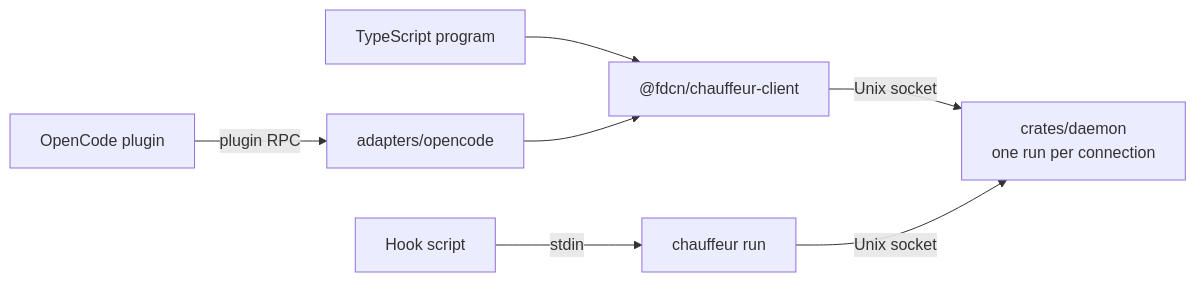
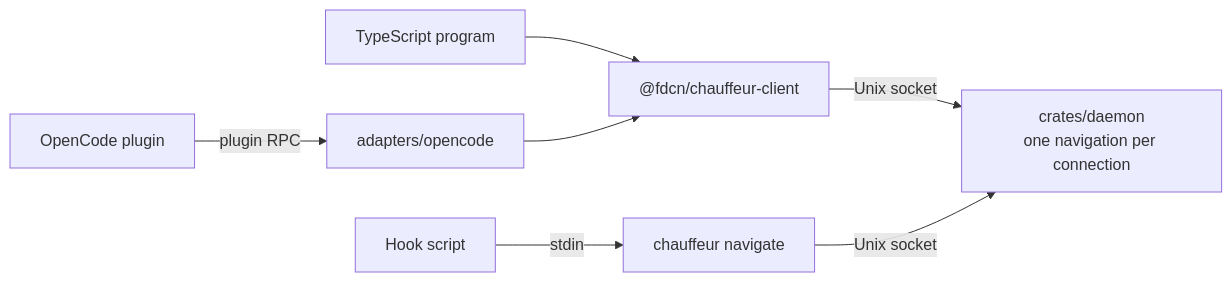
The seventh of 7 diagrams in docs/plans/pluggability.md (StevenJPx2/chauffeur), drawn with Mermaid before and after one commit. The commit also changed other lines of this file and 1 other file, not shown here.

First line of the commit message:
docs(plans): one operation, chauffeur.navigate, with rules from any source

````diff
--- a/docs/plans/pluggability.md
+++ b/docs/plans/pluggability.md
@@ -750,9 +768,9 @@
 ```mermaid
 flowchart LR
     Program["TypeScript program"] --> Client["@fdcn/chauffeur-client"]
     Plugin["OpenCode plugin"] -- "plugin RPC" --> OpenCode["adapters/opencode"]
     OpenCode --> Client
-    Script["Hook script"] -- "stdin" --> Cli["chauffeur run"]
-    Client -- "Unix socket" --> Daemon["crates/daemon<br/>one run per connection"]
+    Script["Hook script"] -- "stdin" --> Cli["chauffeur navigate"]
+    Client -- "Unix socket" --> Daemon["crates/daemon<br/>one navigation per connection"]
     Cli -- "Unix socket" --> Daemon
 ```
````
